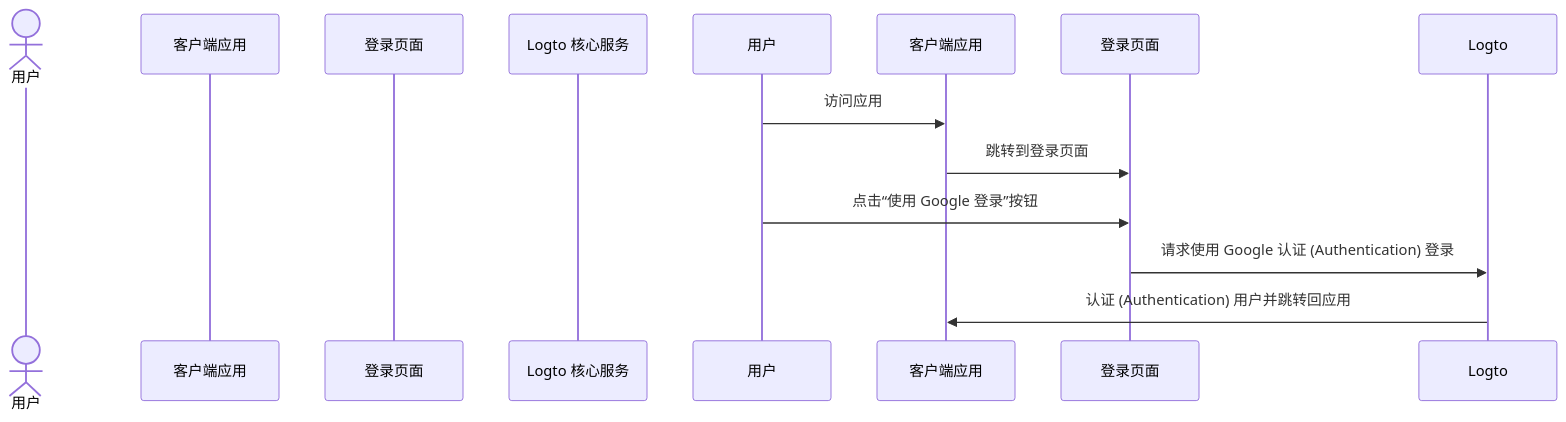
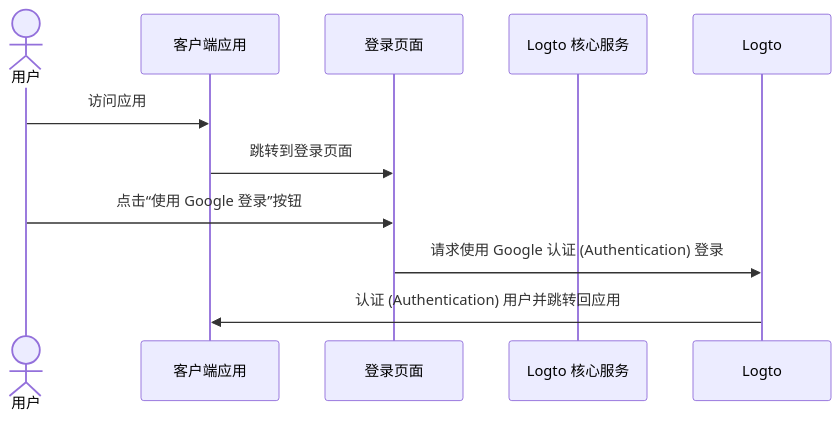
The sixth of 6 diagrams in i18n/zh-CN/docusaurus-plugin-content-docs/current/end-user-flows/sign-up-and-sign-in/social-sign-in.mdx (logto-io/docs), drawn with Mermaid before and after one commit. The commit also changed other lines of this file and 67 other files, not shown here.

````diff
--- a/i18n/zh-CN/docusaurus-plugin-content-docs/current/end-user-flows/sign-up-and-sign-in/social-sign-in.mdx
+++ b/i18n/zh-CN/docusaurus-plugin-content-docs/current/end-user-flows/sign-up-and-sign-in/social-sign-in.mdx
@@ -153,13 +180,13 @@
 ```mermaid
 sequenceDiagram
 actor user as 用户
     participant app as 客户端应用
     participant experience as 登录页面
     participant logto as Logto 核心服务
 
-    用户->>客户端应用: 访问应用
-    客户端应用->>登录页面: 跳转到登录页面
-    用户->>登录页面: 点击“使用 Google 登录”按钮
-    登录页面->>Logto: 请求使用 Google 认证 (Authentication) 登录
-    Logto->>客户端应用: 认证 (Authentication) 用户并跳转回应用
+    user->>app: 访问应用
+    app->>experience: 跳转到登录页面
+    user->>experience: 点击“使用 Google 登录”按钮
+    experience->>Logto: 请求使用 Google 认证 (Authentication) 登录
+    Logto->>app: 认证 (Authentication) 用户并跳转回应用
 ```
````
